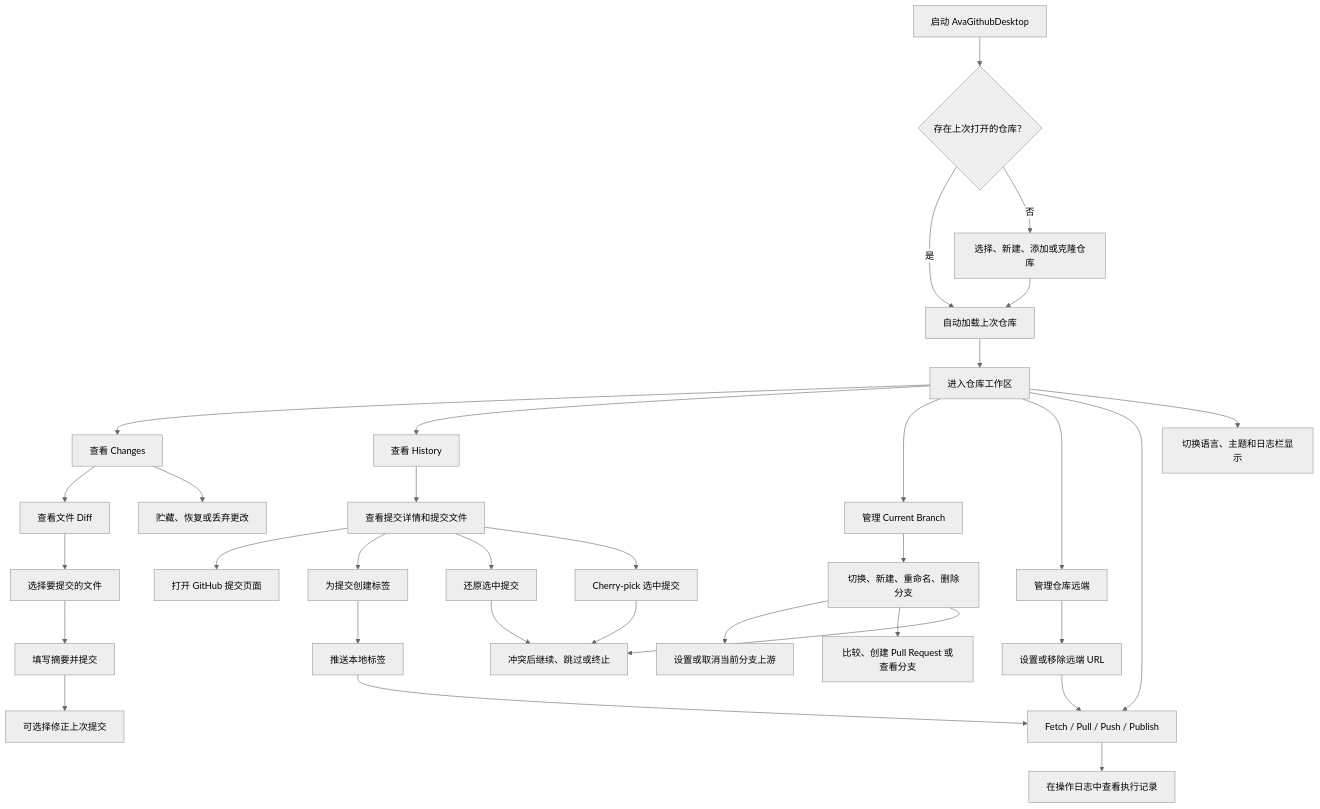
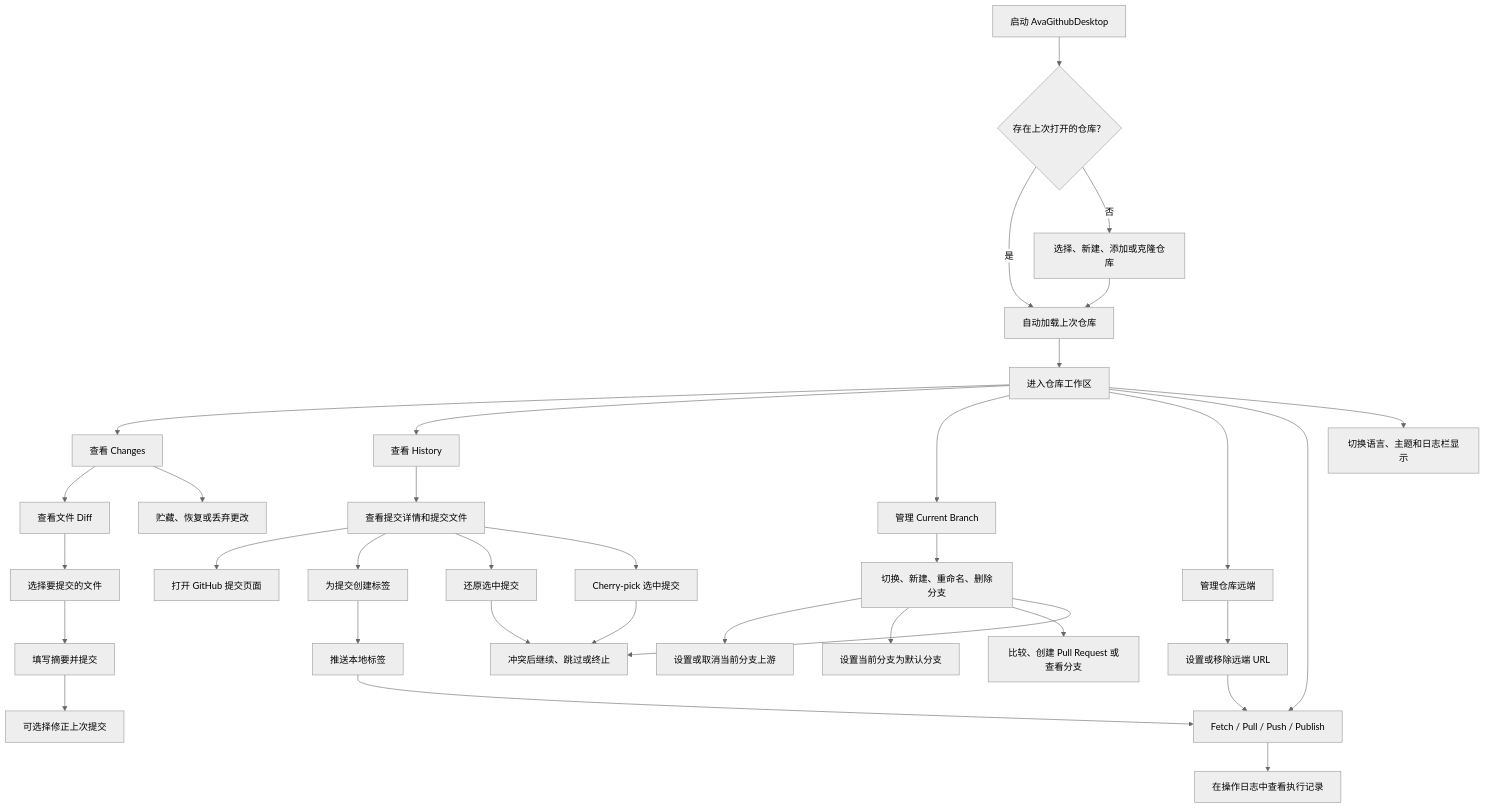
One commit to dotnet9/AvaGithubDesktop changed the diagram in docs/AvaGithubDesktop需求文档.md. Above: the diagram before and after it, drawn with Mermaid (neutral theme). The commit also changed other lines of this file and 10 other files, not shown here.

Commit message:
feat: add default branch setting action

````diff
--- a/docs/AvaGithubDesktop需求文档.md
+++ b/docs/AvaGithubDesktop需求文档.md
@@ -44,35 +45,36 @@
 ```mermaid
 flowchart TD
     Start["启动 AvaGithubDesktop"] --> Restore{"存在上次打开的仓库？"}
     Restore -->|是| LoadRepo["自动加载上次仓库"]
     Restore -->|否| PickRepo["选择、新建、添加或克隆仓库"]
     PickRepo --> LoadRepo
     LoadRepo --> Workspace["进入仓库工作区"]
     Workspace --> Changes["查看 Changes"]
     Workspace --> History["查看 History"]
     Workspace --> Branch["管理 Current Branch"]
     Workspace --> Remote["管理仓库远端"]
     Workspace --> Sync["Fetch / Pull / Push / Publish"]
     Changes --> ReviewDiff["查看文件 Diff"]
     ReviewDiff --> SelectFiles["选择要提交的文件"]
     SelectFiles --> Commit["填写摘要并提交"]
     Commit --> Amend["可选择修正上次提交"]
     Changes --> Stash["贮藏、恢复或丢弃更改"]
     History --> CommitDetail["查看提交详情和提交文件"]
     CommitDetail --> OpenCommit["打开 GitHub 提交页面"]
     CommitDetail --> CreateTag["为提交创建标签"]
     CommitDetail --> RevertCommit["还原选中提交"]
     CommitDetail --> CherryPick["Cherry-pick 选中提交"]
     RevertCommit --> ConflictOps
     CherryPick --> ConflictOps
     Branch --> BranchOps["切换、新建、重命名、删除分支"]
     BranchOps --> UpstreamOps["设置或取消当前分支上游"]
+    BranchOps --> DefaultBranch["设置当前分支为默认分支"]
     BranchOps --> BranchGitHub["比较、创建 Pull Request 或查看分支"]
     BranchOps --> ConflictOps["冲突后继续、跳过或终止"]
     Remote --> RemoteOps["设置或移除远端 URL"]
     RemoteOps --> Sync
     CreateTag --> PushTags["推送本地标签"]
     PushTags --> Sync
     Sync --> OperationLog["在操作日志中查看执行记录"]
     Workspace --> Settings["切换语言、主题和日志栏显示"]
 ```
````
